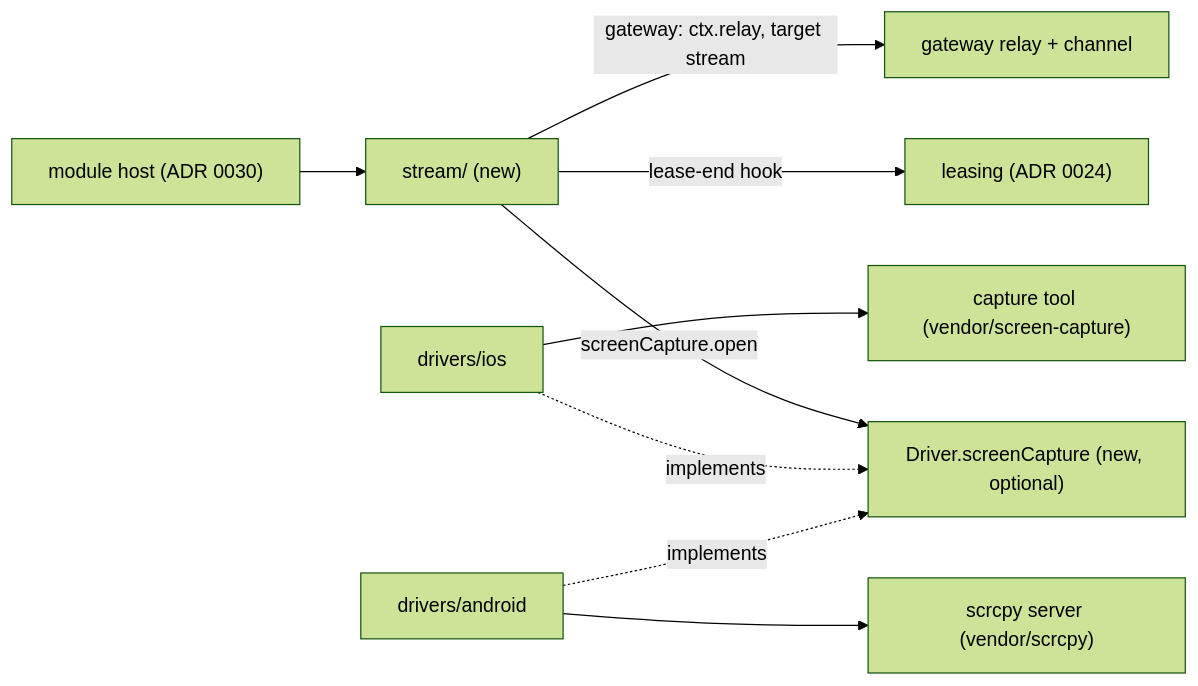
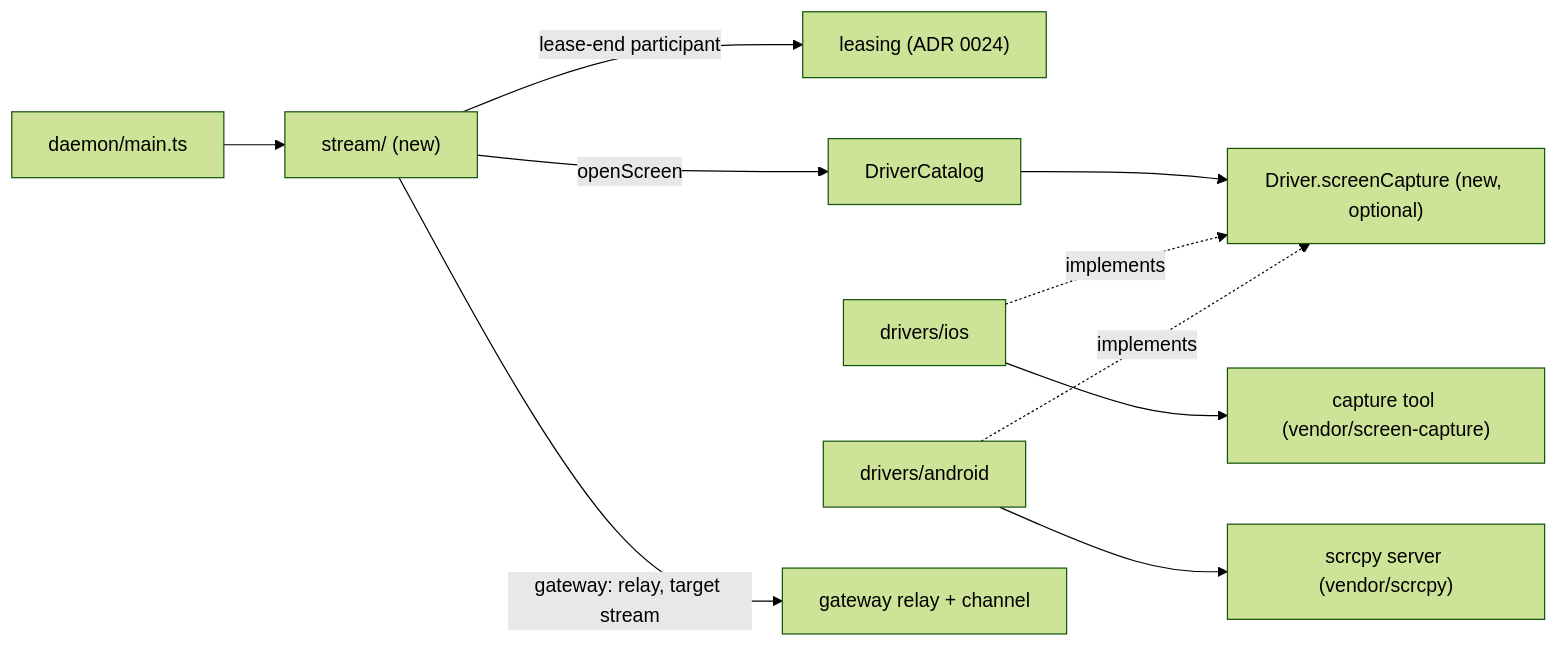
The first of 3 diagrams in docs/internal/adr/0031-a-screen-stream-is-an-optional-module-and-a-driver-films-the-device.md (callstackincubator/simlock), drawn with Mermaid (forest theme) before and after one commit. The commit also changed other lines of this file and 1 other file, not shown here.

First line of the commit message:
docs(adr): 0031 accepted, and corrected to the design #576 built

````diff
--- a/docs/internal/adr/0031-a-screen-stream-is-an-optional-module-and-a-driver-films-the-device.md
+++ b/docs/internal/adr/0031-a-screen-stream-is-an-optional-module-and-a-driver-films-the-device.md
@@ -52,11 +53,12 @@
 ```mermaid
 flowchart LR
-  HOST["module host (ADR 0030)"] --> ST["stream/ (new)"]
-  ST -->|"lease-end hook"| L["leasing (ADR 0024)"]
-  ST -->|"screenCapture.open"| DRV["Driver.screenCapture (new, optional)"]
+  MAIN["daemon/main.ts"] --> ST["stream/ (new)"]
+  ST -->|"lease-end participant"| L["leasing (ADR 0024)"]
+  ST -->|"openScreen"| CAT["DriverCatalog"]
+  CAT --> DRV["Driver.screenCapture (new, optional)"]
   IOS["drivers/ios"] -.implements.-> DRV
   AND["drivers/android"] -.implements.-> DRV
   IOS --> T["capture tool (vendor/screen-capture)"]
   AND --> J["scrcpy server (vendor/scrcpy)"]
-  ST -->|"gateway: ctx.relay, target stream"| R["gateway relay + channel"]
+  ST -->|"gateway: relay, target stream"| R["gateway relay + channel"]
 ```
````
